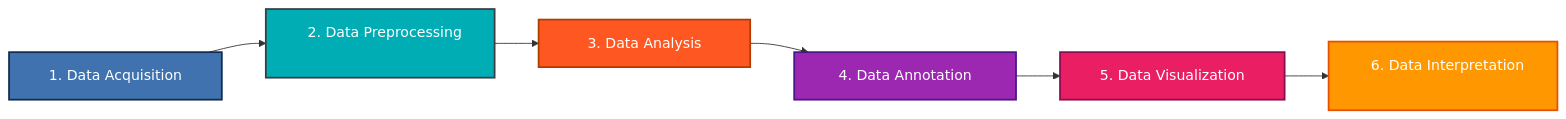
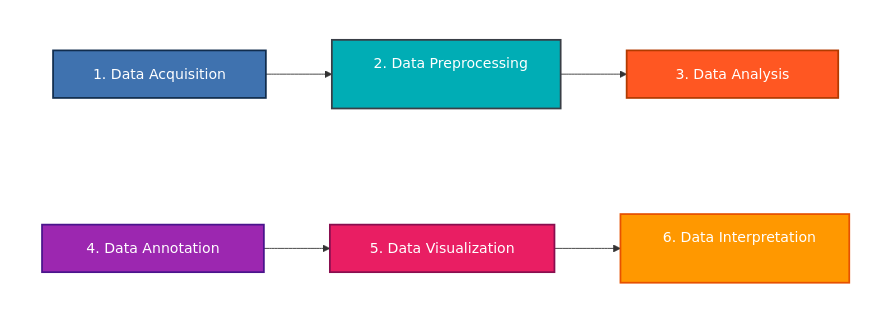
Before and after one commit to JoseManurung/PDAC-PNI-Transcriptomics-Analysis: the diagram in README.md, drawn with Mermaid.

````diff
--- a/README.md
+++ b/README.md
@@ -85,24 +85,31 @@
 ```mermaid
-graph LR
-    %% Pengaturan Baris Atas (Kiri ke Kanan)
-    S1["&nbsp;&nbsp; 1. Data Acquisition &nbsp;&nbsp;"] --> S2["&nbsp;&nbsp; 2. Data Preprocessing &nbsp;&nbsp;"]
-    S2 --> S3["&nbsp;&nbsp;&nbsp;&nbsp; 3. Data Analysis &nbsp;&nbsp;&nbsp;&nbsp;"]
+graph TD
+    %% Top Row Group (1 -> 2 -> 3)
+    subgraph Row1 [" "]
+        direction LR
+        S1["&nbsp;&nbsp; 1. Data Acquisition &nbsp;&nbsp;"] --> S2["&nbsp;&nbsp; 2. Data Preprocessing &nbsp;&nbsp;"]
+        S2 --> S3["&nbsp;&nbsp;&nbsp;&nbsp; 3. Data Analysis &nbsp;&nbsp;&nbsp;&nbsp;"]
+    end
 
-    %% Hubungan Zig-Zag Turun Menuju Baris Bawah
-    S3 --> S4["&nbsp;&nbsp;&nbsp; 4. Data Annotation &nbsp;&nbsp;&nbsp;"]
+    %% Bottom Row Group (4 -> 5 -> 6)
+    subgraph Row2 [" "]
+        direction LR
+        S4["&nbsp;&nbsp;&nbsp; 4. Data Annotation &nbsp;&nbsp;&nbsp;"] --> S5["&nbsp;&nbsp; 5. Data Visualization &nbsp;&nbsp;"]
+        S5 --> S6["&nbsp;&nbsp; 6. Data Interpretation &nbsp;&nbsp;"]
+    end
 
-    %% Pengaturan Baris Bawah (Lanjut Kiri ke Kanan)
-    S4 --> S5["&nbsp;&nbsp; 5. Data Visualization &nbsp;&nbsp;"]
-    S5 --> S6["&nbsp;&nbsp; 6. Data Interpretation &nbsp;&nbsp;"]
+    %% Snake / Zig-Zag Connector (Looping from 3 down and back to 4)
+    S3 ~~~ S4
 
-    %% Trik Jangkar Tak Terlihat agar Kotak 1 berada persis di atas Kotak 4
-    S1 ~~~ S4
+    %% Custom Color Palette & Aesthetics
+    style S1 fill:#3f72af,color:#fff,stroke:#112d4e,stroke-width:2px
+    style S2 fill:#00adb5,color:#fff,stroke:#393e46,stroke-width:2px
+    style S3 fill:#ff5722,color:#fff,stroke:#b23b00,stroke-width:2px
+    style S4 fill:#9c27b0,color:#fff,stroke:#4a148c,stroke-width:2px
+    style S5 fill:#e91e63,color:#fff,stroke:#880e4f,stroke-width:2px
+    style S6 fill:#ff9800,color:#fff,stroke:#e65100,stroke-width:2px
 
-    %% Custom Color Palette & Aesthetics
-    style S1 fill:#3f72af,color:#fff,stroke:#112d4e,stroke-width:2px
-    style S2 fill:#00adb5,color:#fff,stroke:#393e46,stroke-width:2px
-    style S3 fill:#ff5722,color:#fff,stroke:#b23b00,stroke-width:2px
-    style S4 fill:#9c27b0,color:#fff,stroke:#4a148c,stroke-width:2px
-    style S5 fill:#e91e63,color:#fff,stroke:#880e4f,stroke-width:2px
-    style S6 fill:#ff9800,color:#fff,stroke:#e65100,stroke-width:2px
+    %% Hide Subgraph Borders for Clean Multi-Row Layout
+    style Row1 fill:transparent,stroke:none
+    style Row2 fill:transparent,stroke:none
 ```
````
